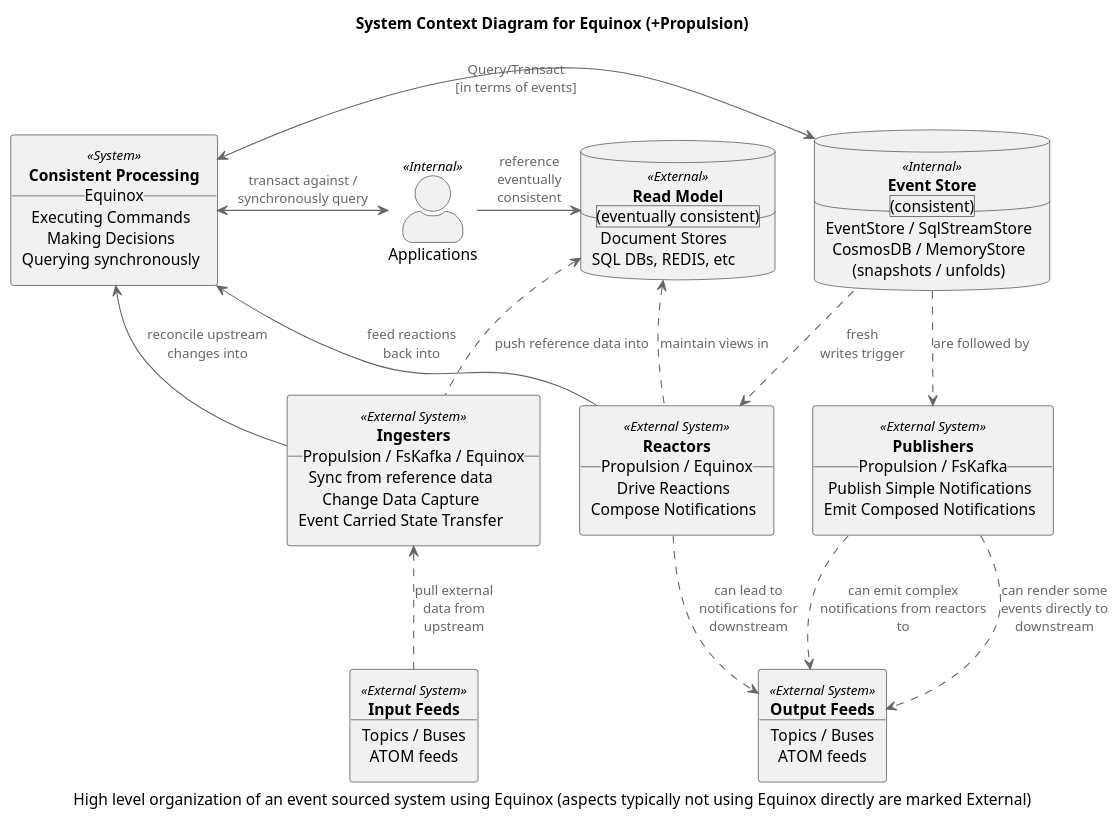
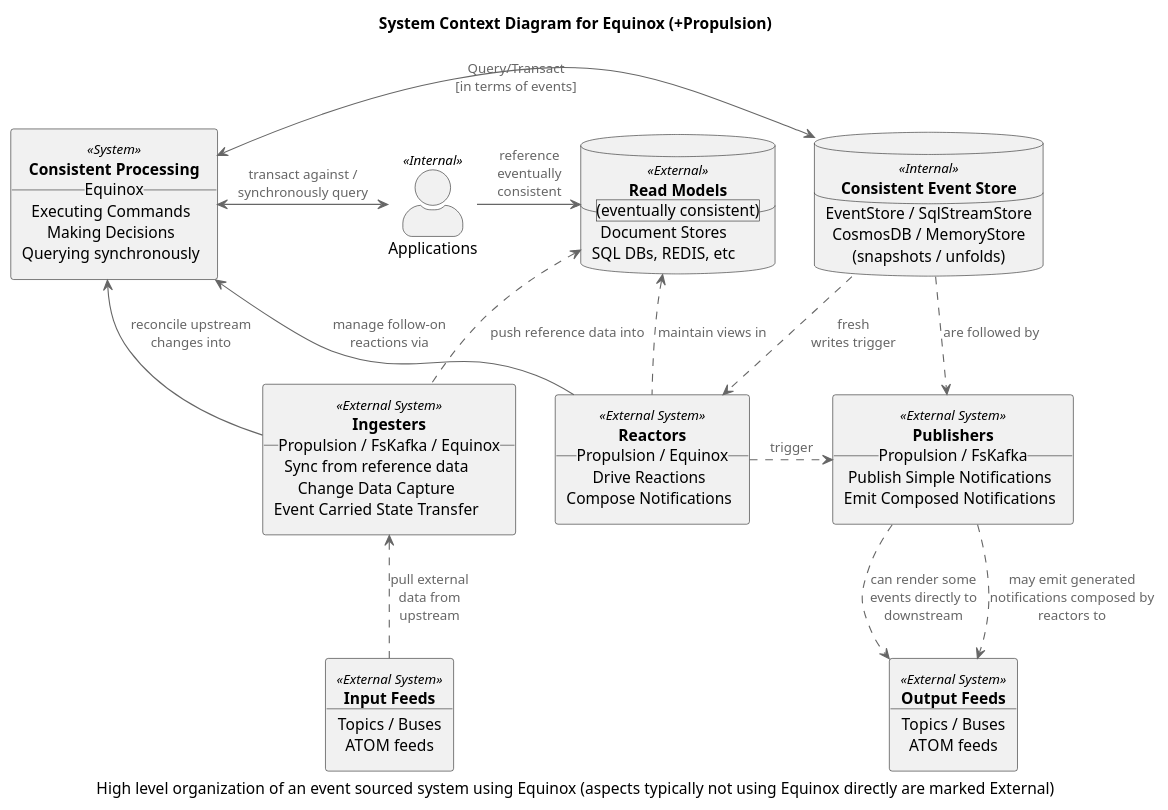
Before and after one commit to jet/equinox: the diagram in diagrams/context.puml, drawn with PlantUML. The commit also changed 5 other files, not shown here.

```diff
--- a/diagrams/context.puml
+++ b/diagrams/context.puml
@@ -1,89 +1,89 @@
     @startuml
 !includeurl https://raw.githubusercontent.com/skleanthous/C4-PlantumlSkin/master/build/output/c4.puml
 
 title System Context Diagram for Equinox (+Propulsion)
 caption High level organization of an event sourced system using Equinox (aspects typically not using Equinox directly are marked External)
 
 actor "Applications" <<Internal>> as apps
 
 rectangle services <<System>> [
     **Consistent Processing**
     __Equinox__
     Executing Commands
     Making Decisions
     Querying synchronously
 ]
 
 database stores <<Internal>> [
-    **Event Store**
-    __(consistent)__
+    **Consistent Event Store**
+    ____
     EventStore / SqlStreamStore
     CosmosDB / MemoryStore
     (snapshots / unfolds)
 ]
 
 database caches <<External>> [
-    **Read Model**
+    **Read Models**
     __(eventually consistent)__
     Document Stores 
     SQL DBs, REDIS, etc
 ]
 
 together {
     rectangle ingesters <<External System>> [
         **Ingesters**
         __Propulsion / FsKafka / Equinox__
         Sync from reference data
         Change Data Capture
         Event Carried State Transfer
     ]
     rectangle reactors <<External System>> [
         **Reactors**
         __Propulsion / Equinox__
         Drive Reactions
         Compose Notifications
     ]
     rectangle publishers <<External System>> [
         **Publishers**
         __Propulsion / FsKafka__
         Publish Simple Notifications
         Emit Composed Notifications
     ]
 }
 
 rectangle inputs <<External System>> [
     **Input Feeds**
     ____
     Topics / Buses
     ATOM feeds 
 ]
 
 rectangle outputs <<External System>> [
     **Output Feeds**
     ____
     Topics / Buses
     ATOM feeds
 ]
 
 apps          -> caches     : reference\neventually\nconsistent
 apps       <-L-> services   : transact against /\nsynchronously query
 
 services   <-R-> stores     : Query/Transact\n[in terms of events]
 
 stores       ..> publishers : are followed by
 stores       ..> reactors   : fresh\nwrites trigger
 
 ingesters  <..   inputs     : pull external\ndata from\nupstream
 ingesters    --> services   : reconcile upstream\nchanges into
 ingesters   .U.> caches     : push reference data into
 
-reactors     --> services   : feed reactions\nback into
-reactors     ..> outputs    : can lead to\nnotifications for\ndownstream
+reactors     --> services   : manage follow-on reactions via
 reactors    .U.> caches     : maintain views in
+reactors      .> publishers : trigger
 
-publishers   ..> outputs    : can emit complex notifications from reactors to
+publishers   ..> outputs    : may emit generated\nnotifications composed by reactors to
 publishers   ..> outputs    : can render some\nevents directly to downstream
 
-ingesters  -[hidden]R-> reactors
+reactors  -[hidden]R-> publishers
 
 @enduml
```
